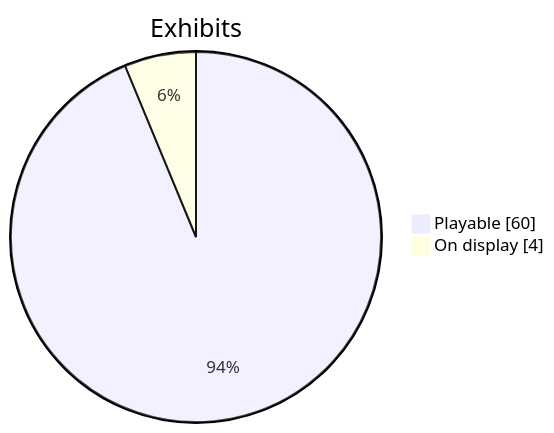
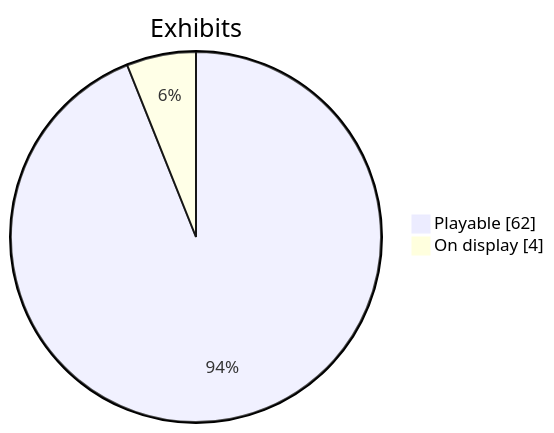
Before and after one commit to CptNope/Librarium-Archives: the second of 2 diagrams in docs/roadmap.md, drawn with Mermaid. The commit also changed other lines of this file and 16 other files, not shown here.

````diff
--- a/docs/roadmap.md
+++ b/docs/roadmap.md
@@ -26,6 +27,6 @@
 ```mermaid
 pie showData
     title Exhibits
-    "Playable" : 60
+    "Playable" : 62
     "On display" : 4
 ```
````
